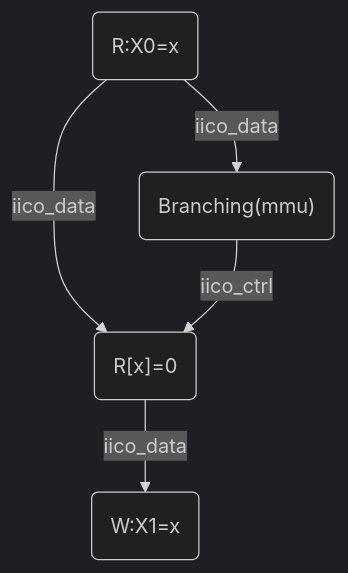
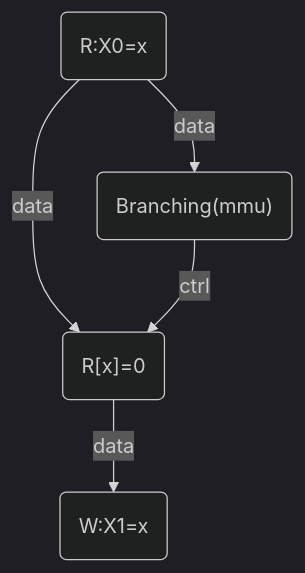
The third of 3 diagrams in pac_tests/notes_wm.md (herd/herdtools7), drawn with Mermaid (dark theme) before and after one commit. The commit also changed other lines of this file and 3 other files, not shown here.

````diff
--- a/pac_tests/notes_wm.md
+++ b/pac_tests/notes_wm.md
@@ -53,12 +72,12 @@
 ```mermaid
 graph TD;
     A("R:X0=x");
     B("Branching(mmu)");
     C("R[x]=0");
     D("W:X1=x");
 
-    A -->|iico_data| B;
-    A -->|iico_data| C;
-    B -->|iico_ctrl| C;
-    C -->|iico_data| D;
+    A -->|data| B;
+    A -->|data| C;
+    B -->|ctrl| C;
+    C -->|data| D;
 ```
````
